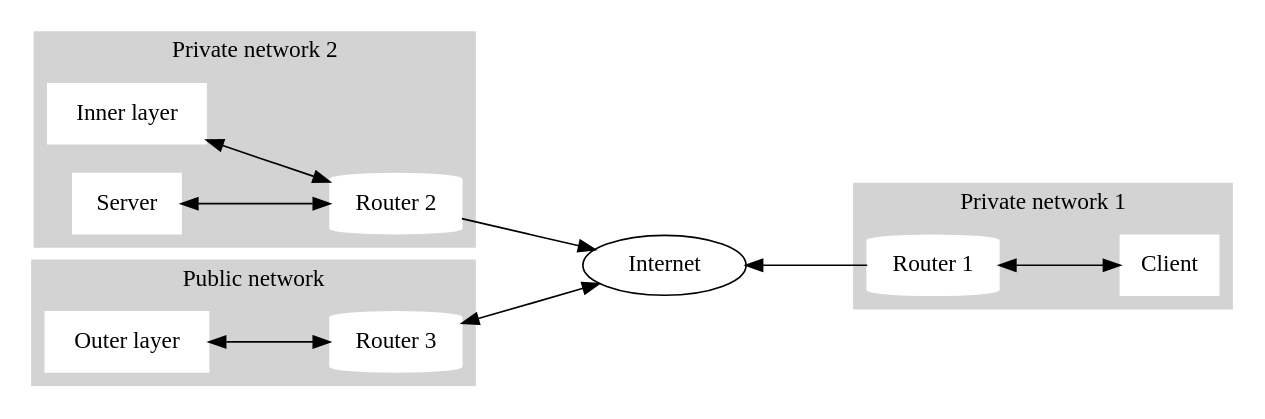
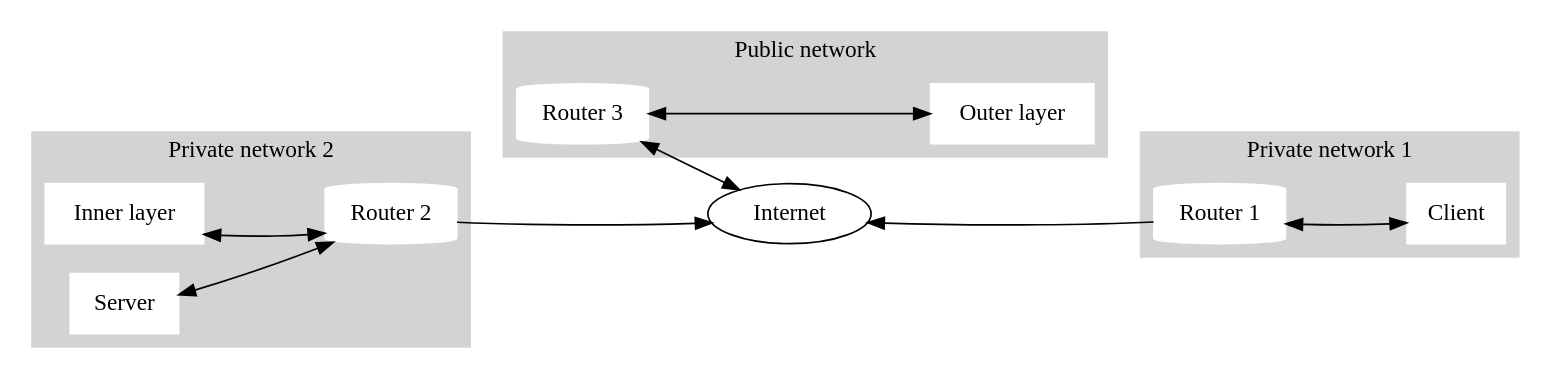
Before and after one commit to markushinz/socket-gateway: the diagram in scenario/scenario.dot, drawn with Graphviz.

Commit message:
add command

```diff
--- a/scenario/scenario.dot
+++ b/scenario/scenario.dot
@@ -1,43 +1,47 @@
+# dot -Tsvg scenario.dot -o scenario.svg
+
 digraph G {
     rankdir=RL;
 
     subgraph cluster0 {
         color=white;
         INET [label="Internet"];
     }
 
     subgraph cluster1 {
         node [style=filled,color=white];
         style=filled;
         color=lightgrey;
         R1 [label="Router 1",shape="cylinder"];
         C [label="Client",shape="box"];
         C -> R1  [dir="both",minlen=2];
         R1 -> INET [minlen=2];
         label="Private network 1";
     }
 
     subgraph cluster2 {
         node [style=filled,color=white];
         style=filled;
         color=lightgrey;
         R2 [label="Router 2",shape="cylinder"];
         S [label="Server",shape="box"];
         I [label="Inner layer",shape="box"];
         R2 -> I [dir="both",minlen=2];
         R2 -> S  [dir="both",minlen=2];
         INET -> R2 [dir="back",minlen=2];
         label="Private network 2";
     }
 
     subgraph cluster3 {
         node [style=filled,color=white];
         style=filled;
         color=lightgrey;
         O [label="Outer layer",shape="box"];
         R3 [label="Router 3",shape="cylinder"];
         R3 -> O  [dir="both",minlen=2];
         INET -> R3  [dir="both",minlen=2];
         label="Public network";
     }
+
+    C -> R1 -> INET -> R3 -> O -> R3 -> INET -> R2 -> I -> R2 -> S [style="invis",color="blue"]
 }
```
